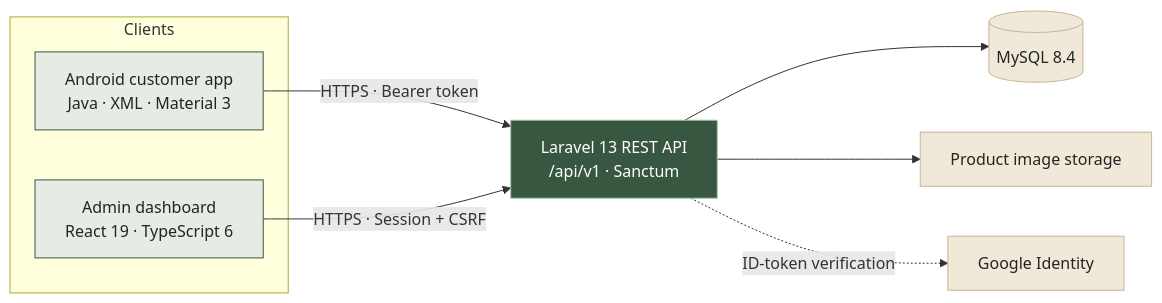
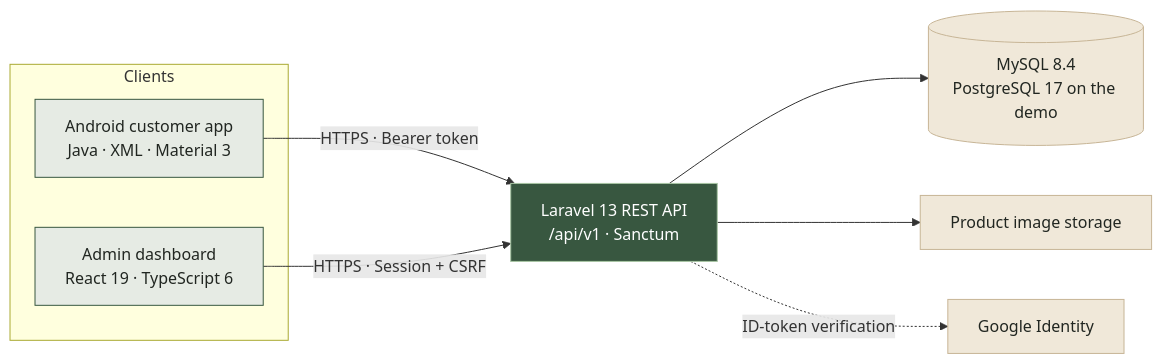
Before and after one commit to Averon-Labs/eshop-verse: the diagram in README.md, drawn with Mermaid. The commit also changed other lines of this file and 7 other files, not shown here.

````diff
--- a/README.md
+++ b/README.md
@@ -125,25 +81,25 @@
 ```mermaid
 flowchart LR
     subgraph Clients["Clients"]
         A["Android customer app<br/>Java · XML · Material 3"]
         B["Admin dashboard<br/>React 19 · TypeScript 6"]
     end
 
     API["Laravel 13 REST API<br/>/api/v1 · Sanctum"]
-    DB[("MySQL 8.4")]
+    DB[("MySQL 8.4<br/>PostgreSQL 17 on the demo")]
     FS["Product image storage"]
     G["Google Identity"]
 
     A -- "HTTPS · Bearer token" --> API
     B -- "HTTPS · Session + CSRF" --> API
     API --> DB
     API --> FS
     API -. "ID-token verification" .-> G
 
     classDef client fill:#E6EBE4,stroke:#385740,color:#212621;
     classDef api fill:#385740,stroke:#A8C5A4,color:#FFFFFF;
     classDef store fill:#F0E8D9,stroke:#C7B596,color:#212621;
     class A,B client;
     class API api;
     class DB,FS,G store;
 ```
````
